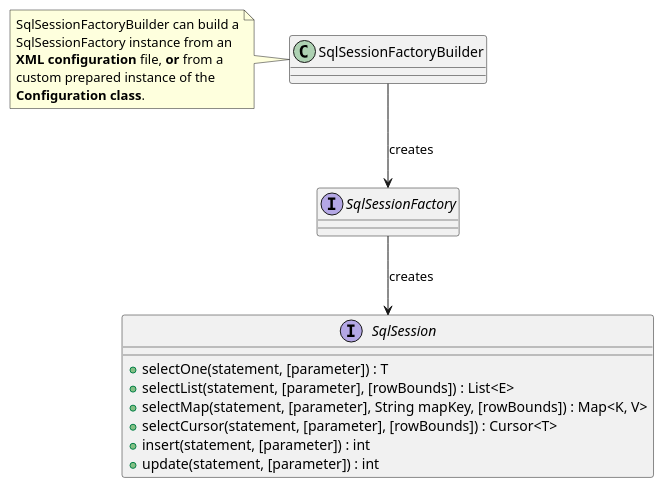
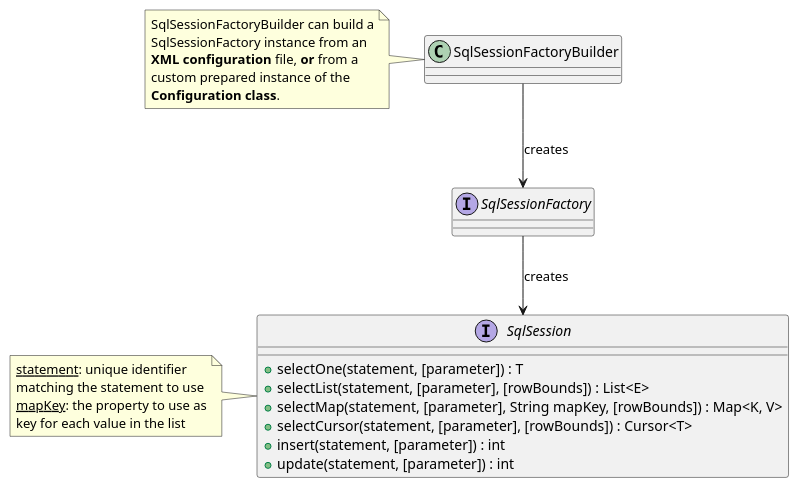
The diagram in design/mybatis-config.puml (adrhc/spring-boot-mybatis-spring-demo), drawn with PlantUML before and after one commit. The commit also changed 1 other file, not shown here.

```diff
--- a/design/mybatis-config.puml
+++ b/design/mybatis-config.puml
@@ -1,25 +1,32 @@
 @startuml
 
 class SqlSessionFactoryBuilder
 interface SqlSessionFactory
 interface SqlSession {
     + selectOne(statement, [parameter]) : T
     + selectList(statement, [parameter], [rowBounds]) : List<E>
     + selectMap(statement, [parameter], String mapKey, [rowBounds]) : Map<K, V>
     + selectCursor(statement, [parameter], [rowBounds]) : Cursor<T>
     + insert(statement, [parameter]) : int
     + update(statement, [parameter]) : int
 }
 
 SqlSessionFactoryBuilder --> SqlSessionFactory : creates
 SqlSessionFactory --> SqlSession : creates
 
 note left of SqlSessionFactoryBuilder
-SqlSessionFactoryBuilder can build a
-SqlSessionFactory instance from an
-**XML configuration** file, **or** from a
-custom prepared instance of the
-**Configuration class**.
+    SqlSessionFactoryBuilder can build a
+    SqlSessionFactory instance from an
+    **XML configuration** file, **or** from a
+    custom prepared instance of the
+    **Configuration class**.
+end note
+
+note left of SqlSession
+    __statement__: unique identifier
+    matching the statement to use
+    __mapKey__: the property to use as
+    key for each value in the list
 end note
 
 @enduml
```
